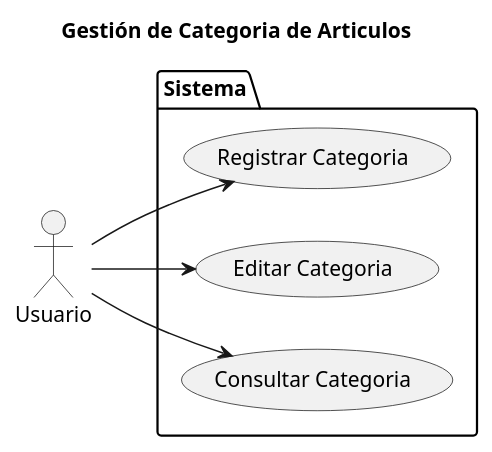
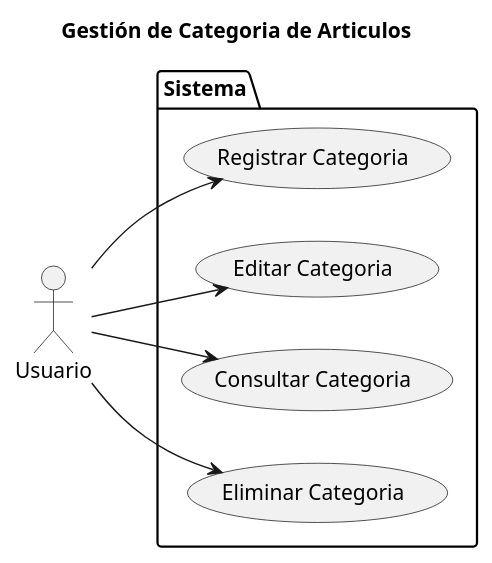
One commit to marcelolezcanodev/GarageGuru changed the diagram in Diagramas/caso_de_uso_Categoria.plantuml. Above: the diagram before and after it, drawn with PlantUML.

Commit message:
Se agrego el metodo eliminar en caso de uso categoria

```diff
--- a/Diagramas/caso_de_uso_Categoria.plantuml
+++ b/Diagramas/caso_de_uso_Categoria.plantuml
@@ -1,21 +1,23 @@
 @startuml usuario
 
 left to right direction
 
 title Gestión de Categoria de Articulos
 
 actor Usuario as User
 
 package Sistema {
 
     USECASE "Registrar Categoria" as UC_Registrar
     USECASE "Editar Categoria" as UC_Editar
     USECASE "Consultar Categoria" as UC_Consultar
+    USECASE "Eliminar Categoria" as UC_Eliminar
 
 }
 
 User --> UC_Registrar
 User --> UC_Editar
 User --> UC_Consultar
+User --> UC_Eliminar
 
 @enduml
```
